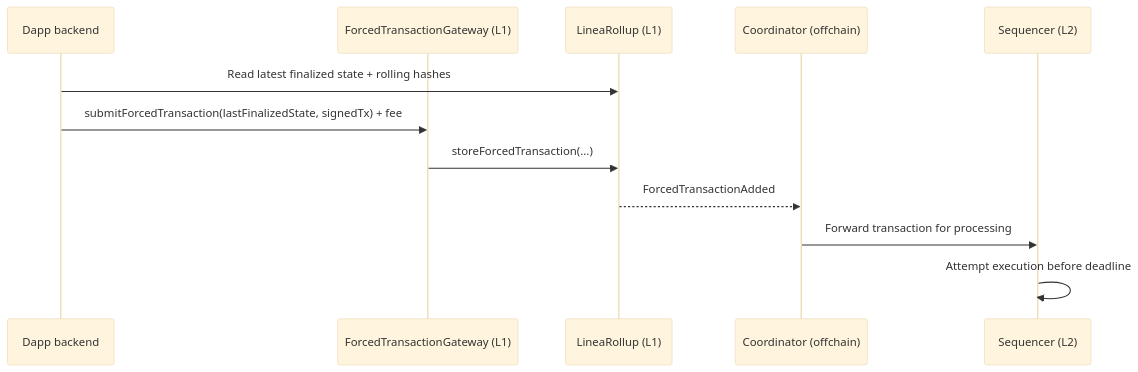
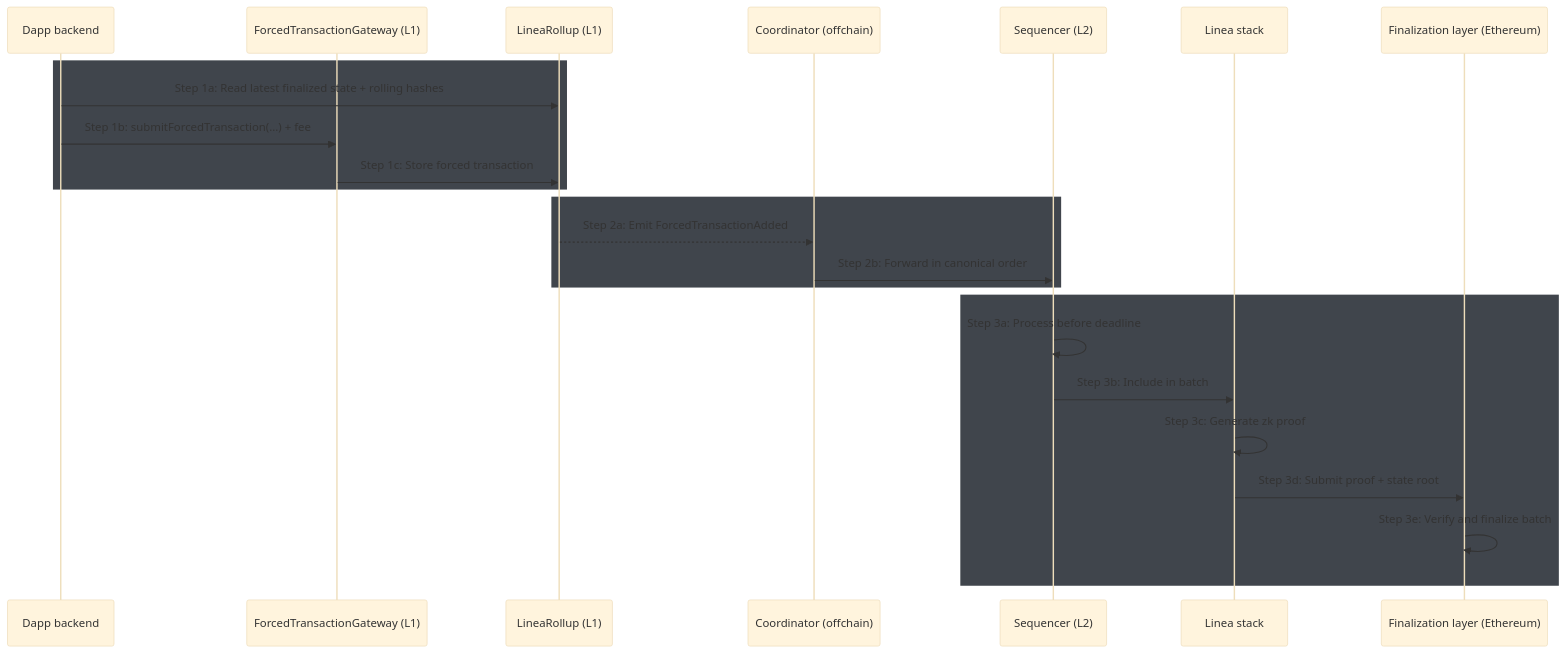
Before and after one commit to Consensys/doc.linea: the diagram in docs/protocol/forced-transactions.mdx, drawn with Mermaid (base theme). The commit also changed other lines of this file and 2 other files, not shown here.

Commit message:
responds to arthur review

````diff
--- a/docs/protocol/forced-transactions.mdx
+++ b/docs/protocol/forced-transactions.mdx
@@ -83,15 +82,38 @@
 ```mermaid
 sequenceDiagram
     participant App as Dapp backend
     participant Gateway as ForcedTransactionGateway (L1)
     participant Rollup as LineaRollup (L1)
     participant Coordinator as Coordinator (offchain)
     participant Sequencer as Sequencer (L2)
+    participant Stack as Linea stack
+    participant L1 as Finalization layer (Ethereum)
 
-    App->>Rollup: Read latest finalized state + rolling hashes
-    App->>Gateway: submitForcedTransaction(lastFinalizedState, signedTx) + fee
-    Gateway->>Rollup: storeForcedTransaction(...)
-    Rollup-->>Coordinator: ForcedTransactionAdded
-    Coordinator->>Sequencer: Forward transaction for processing
-    Sequencer->>Sequencer: Attempt execution before deadline
+    %% ======================
+    %% Step 1: Submission (L1)
+    %% ======================
+    rect rgb(64, 69, 76)
+        App->>Rollup: Step 1a: Read latest finalized state + rolling hashes
+        App->>Gateway: Step 1b: submitForcedTransaction(...) + fee
+        Gateway->>Rollup: Step 1c: Store forced transaction
+    end
+
+    %% ======================
+    %% Step 2: Ordering (L1 enforced)
+    %% ======================
+    rect rgb(64, 69, 76)
+        Rollup-->>Coordinator: Step 2a: Emit ForcedTransactionAdded
+        Coordinator->>Sequencer: Step 2b: Forward in canonical order
+    end
+
+    %% ======================
+    %% Step 3: Processing (L2 → L1 finalization)
+    %% ======================
+    rect rgb(64, 69, 76)
+        Sequencer->>Sequencer: Step 3a: Process before deadline
+        Sequencer->>Stack: Step 3b: Include in batch
+        Stack->>Stack: Step 3c: Generate zk proof
+        Stack->>L1: Step 3d: Submit proof + state root
+        L1->>L1: Step 3e: Verify and finalize batch
+    end
 ```
````
